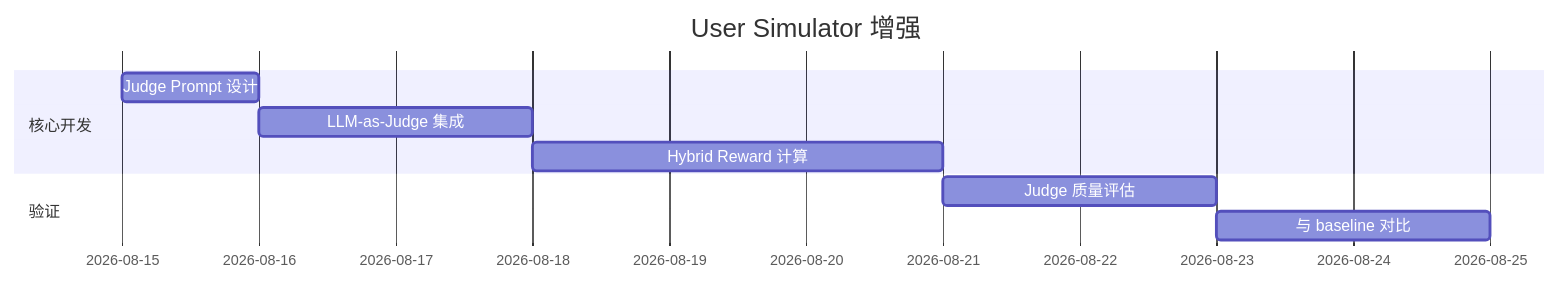
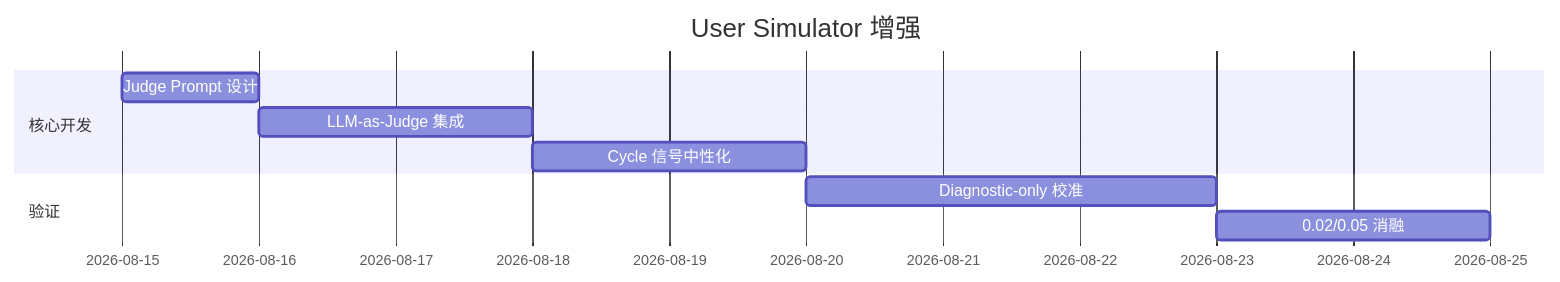
Diagram 12 of 15 in docs/HARDWARE_ADAPTATION_PLAN.md (iOPEN-Xing/agentic-rl), drawn with Mermaid before and after one commit. The commit also changed other lines of this file and 8 other files, not shown here.

````diff
--- a/docs/HARDWARE_ADAPTATION_PLAN.md
+++ b/docs/HARDWARE_ADAPTATION_PLAN.md
@@ -951,12 +859,12 @@
 ```mermaid
 gantt
     title User Simulator 增强
     dateFormat  YYYY-MM-DD
     section 核心开发
     Judge Prompt 设计     :2026-08-15, 1d
     LLM-as-Judge 集成     :2026-08-16, 2d
-    Hybrid Reward 计算    :2026-08-18, 3d
+    Cycle 信号中性化      :2026-08-18, 2d
     section 验证
-    Judge 质量评估        :2026-08-21, 2d
-    与 baseline 对比       :2026-08-23, 2d
+    Diagnostic-only 校准  :2026-08-20, 3d
+    0.02/0.05 消融        :2026-08-23, 2d
 ```
````
